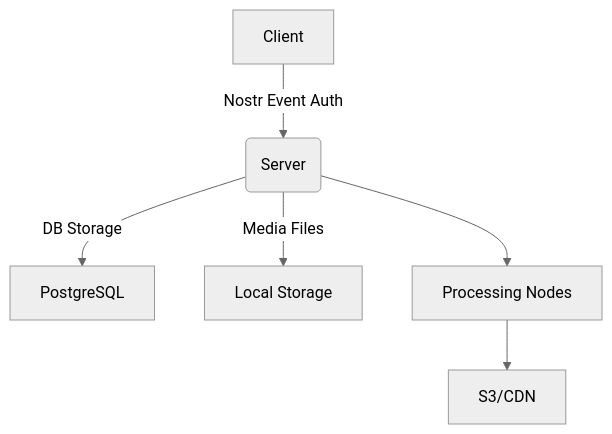
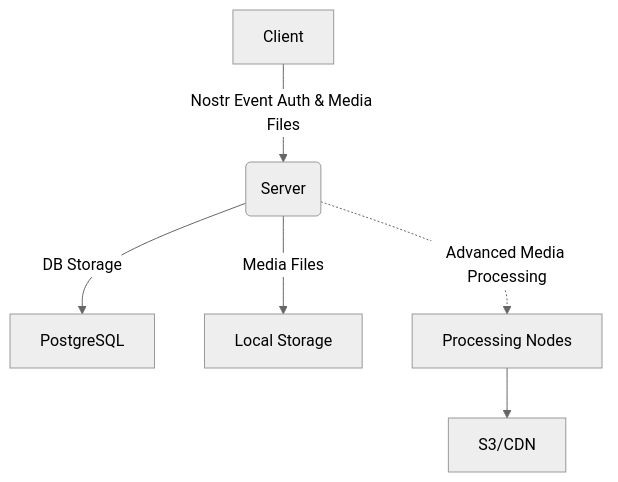
Before and after one commit to PrimalHQ/primal-blossom-server: the diagram in README.md, drawn with Mermaid (neutral theme). The commit also changed other lines of this file, not shown here.

Commit message:
Update architecture diagram to clarify client-server communication and processing flow

````diff
--- a/README.md
+++ b/README.md
@@ -22,8 +22,8 @@
 ```mermaid
 graph TD
-    A[Client] -->|Nostr Event Auth| B(Server)
+    A[Client] -->|Nostr Event Auth & Media Files| B(Server)
     B -->|DB Storage| C[PostgreSQL]
     B -->|Media Files| D[Local Storage]
-    B --> E[Processing Nodes]
+    B -.->|Advanced Media Processing| E[Processing Nodes]
     E --> F[S3/CDN]
 ```
````
